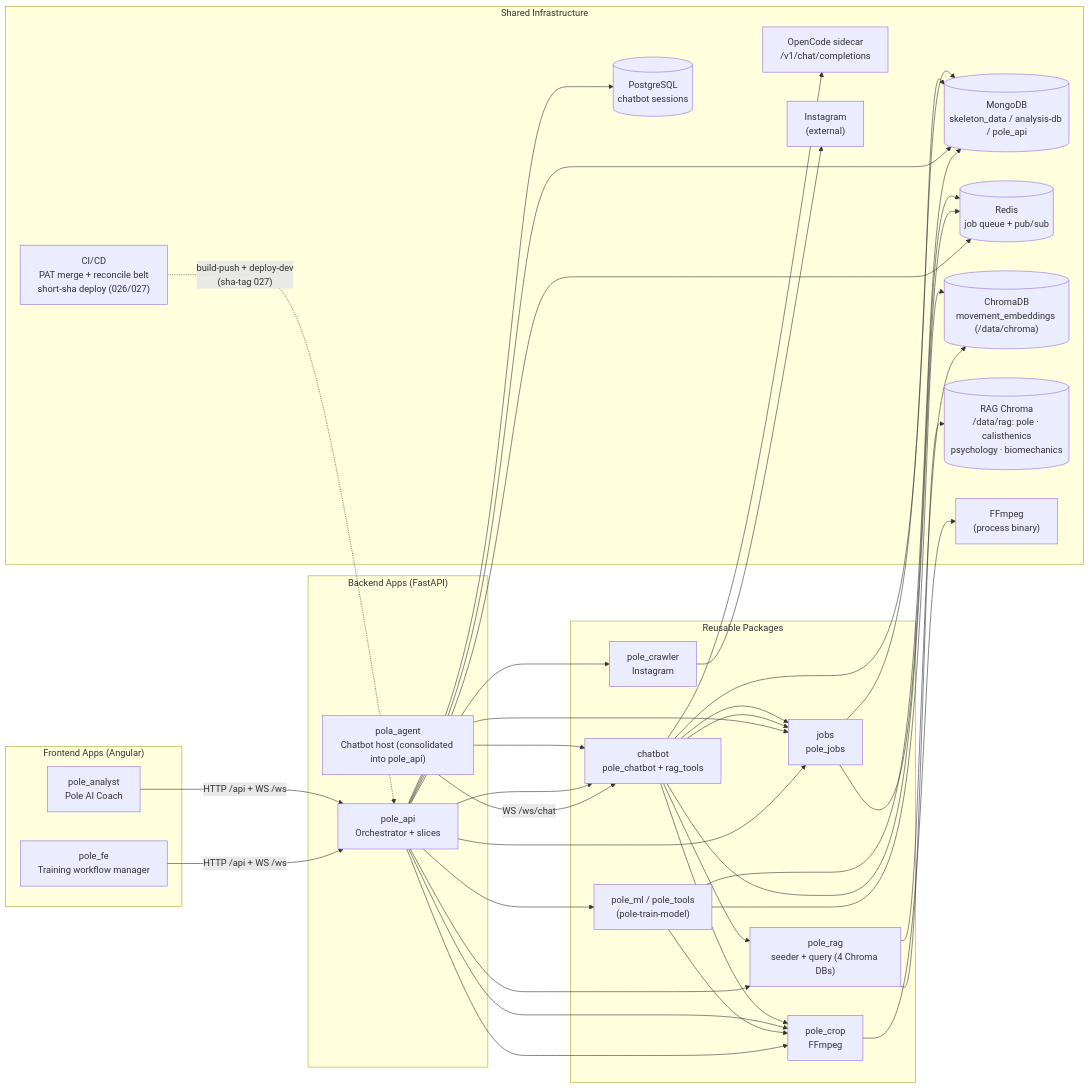
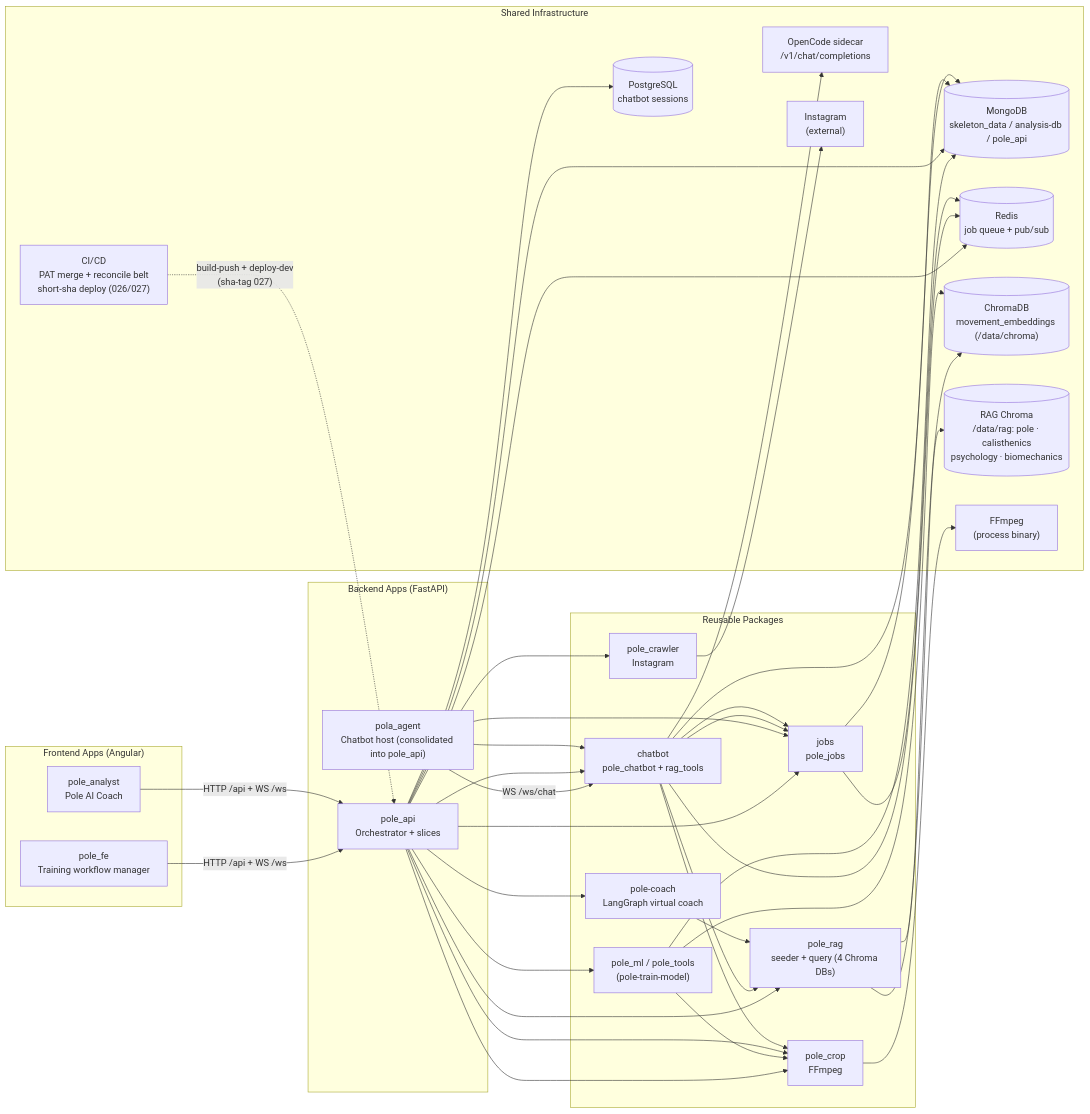
One commit to fpalero/pole-ai-ml-docs changed the diagram in diagrams/ARCHITECTURE.md. Above: the diagram before and after it, drawn with Mermaid. The commit also changed other lines of this file and 9 other files, not shown here.

First line of the commit message:
docs: consolidate ARCHITECTURE, document analysis-tools, regenerate API.md

```diff
--- a/diagrams/ARCHITECTURE.md
+++ b/diagrams/ARCHITECTURE.md
@@ -30,6 +30,7 @@
         CR["pole_crawler<br/>Instagram"]
         CH["chatbot<br/>pole_chatbot + rag_tools"]
         RAG["pole_rag<br/>seeder + query (4 Chroma DBs)"]
+        COACH["pole-coach<br/>LangGraph virtual coach"]
         J["jobs<br/>pole_jobs"]
     end
 
@@ -56,6 +57,7 @@
     API --> CR
     API --> CH
     API --> RAG
+    API --> COACH
     API --> J
 
     AG --> CH
@@ -63,6 +65,7 @@
 
     CH --> J
     CH --> RAG
+    COACH --> RAG
     RAG --> RAGDB
     RAG --> CHROMA
 
```
